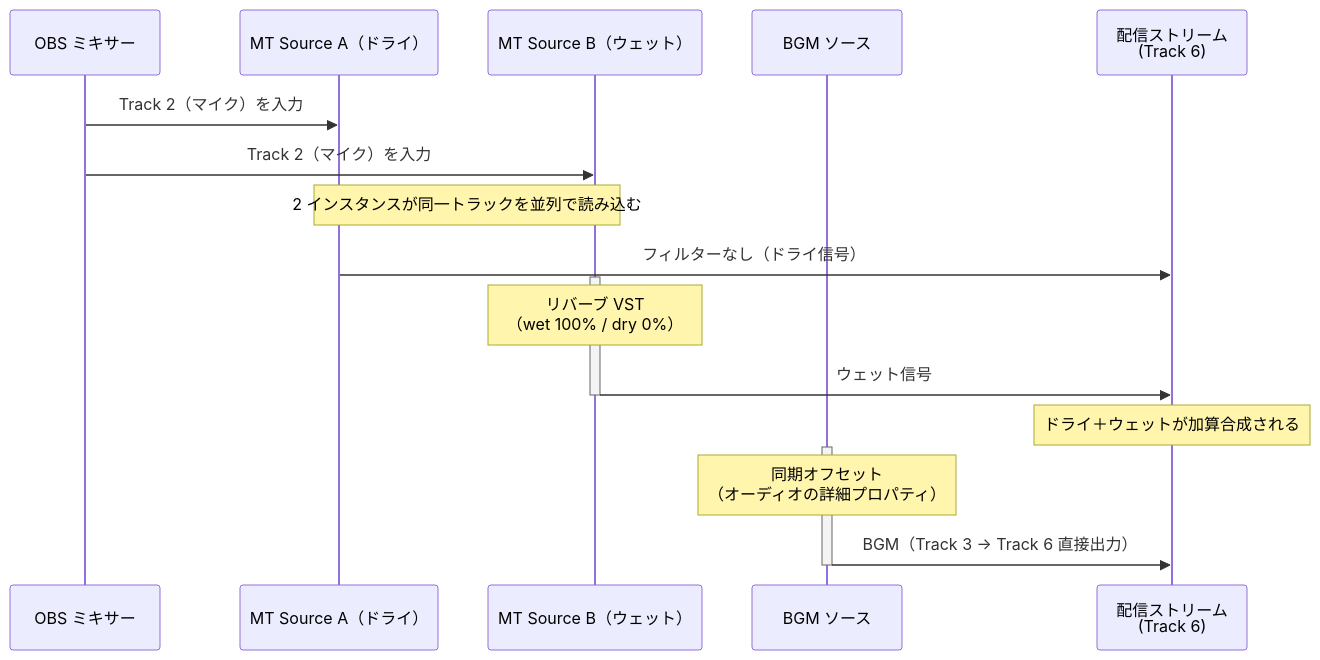
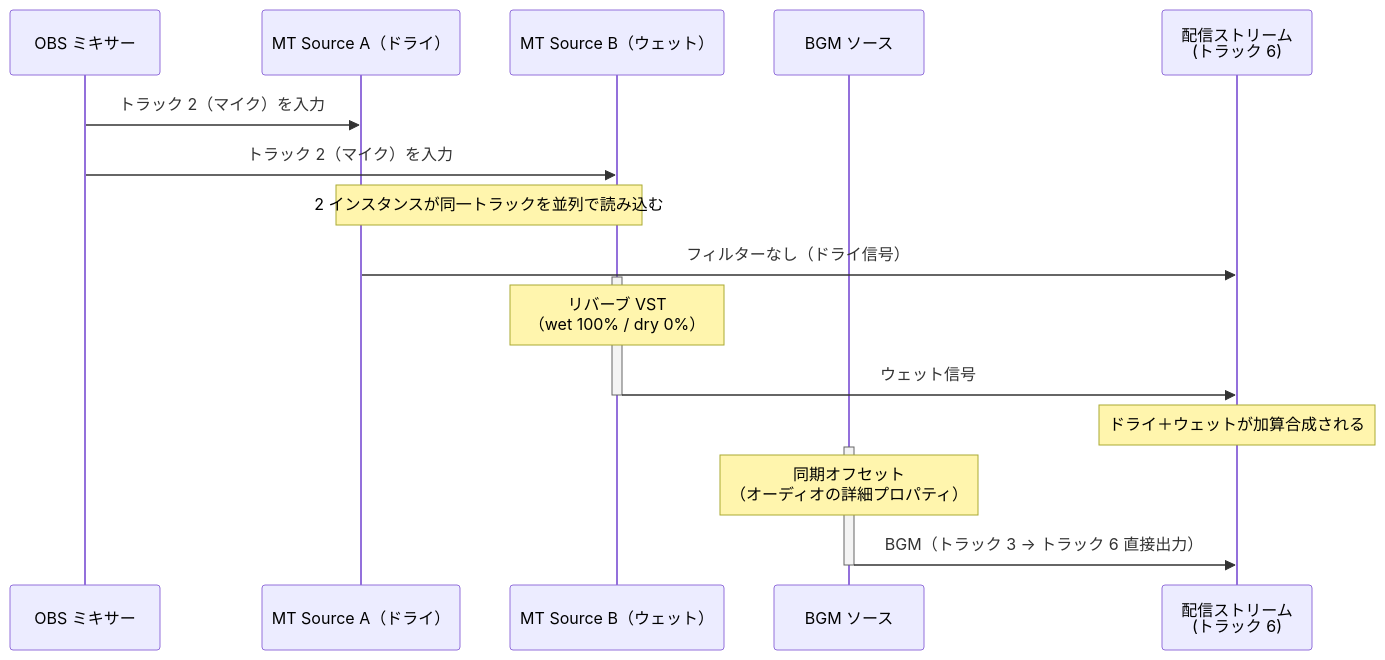
Before and after one commit to semnil/MixTrack2Source: the diagram in docs/uc5-parallel-reverb.ja.md, drawn with Mermaid. The commit also changed other lines of this file and 9 other files, not shown here.

````diff
--- a/docs/uc5-parallel-reverb.ja.md
+++ b/docs/uc5-parallel-reverb.ja.md
@@ -17,26 +17,26 @@
 ```mermaid
 sequenceDiagram
     participant M   as OBS ミキサー
     participant MA  as MT Source A（ドライ）
     participant MB  as MT Source B（ウェット）
     participant BG  as BGM ソース
-    participant ST  as 配信ストリーム<br/>(Track 6)
+    participant ST  as 配信ストリーム<br>(トラック 6)
 
-    M  ->> MA : Track 2（マイク）を入力
-    M  ->> MB : Track 2（マイク）を入力
+    M  ->> MA : トラック 2（マイク）を入力
+    M  ->> MB : トラック 2（マイク）を入力
     Note over MA,MB : 2 インスタンスが同一トラックを並列で読み込む
 
     MA ->> ST : フィルターなし（ドライ信号）
 
     activate MB
-    Note over MB : リバーブ VST<br/>（wet 100% / dry 0%）
+    Note over MB : リバーブ VST<br>（wet 100% / dry 0%）
     MB ->> ST : ウェット信号
     deactivate MB
 
     Note over ST : ドライ＋ウェットが加算合成される
 
     activate BG
-    Note over BG : 同期オフセット<br/>（オーディオの詳細プロパティ）
-    BG ->> ST : BGM（Track 3 → Track 6 直接出力）
+    Note over BG : 同期オフセット<br>（オーディオの詳細プロパティ）
+    BG ->> ST : BGM（トラック 3 → トラック 6 直接出力）
     deactivate BG
 ```
````
